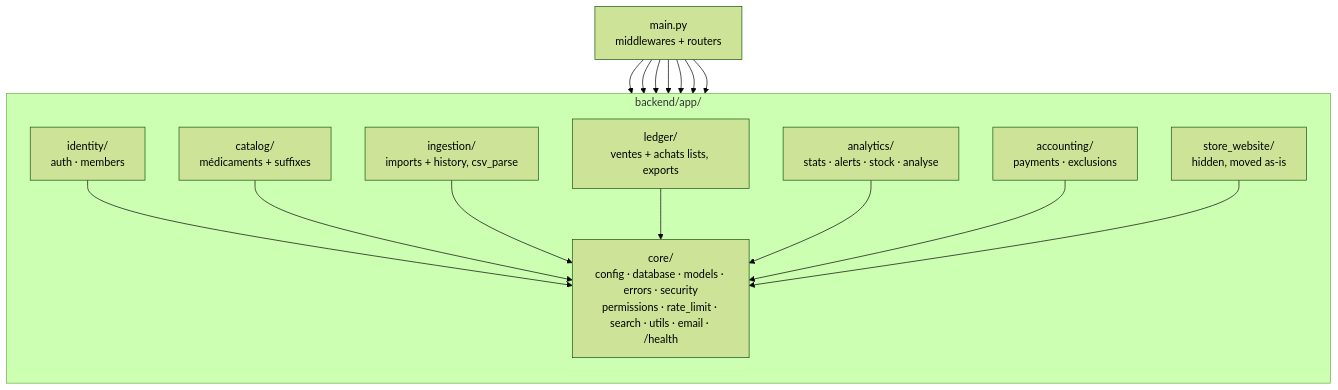
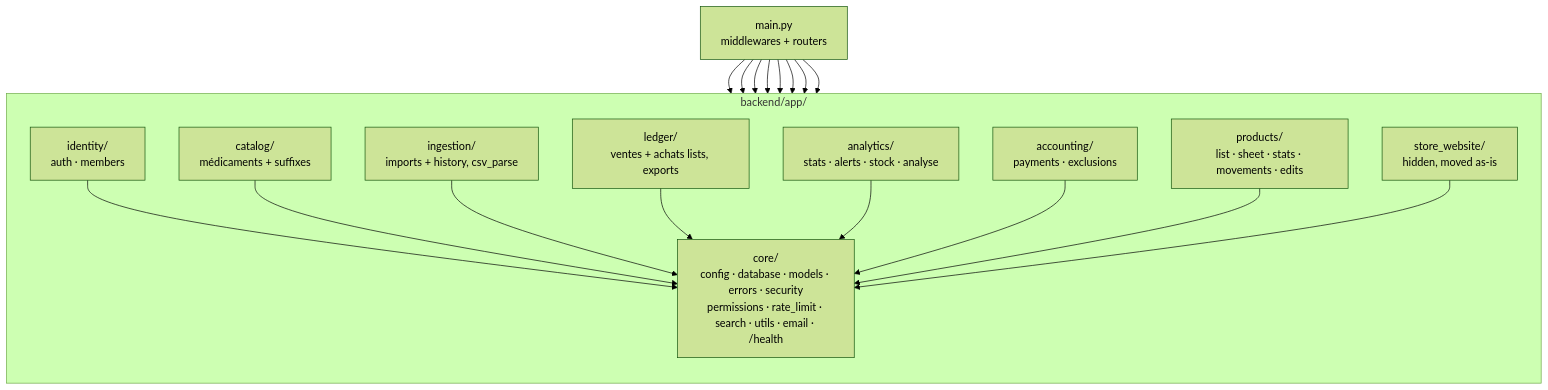
One commit to ura-computing/ura-posix changed the fourth of 18 diagrams in README.md. Above: the diagram before and after it, drawn with Mermaid (forest theme). The commit also changed other lines of this file and 1 other file, not shown here.

Commit message:
docs: README — Produits module (pages, routes, data model, §7.8 rules + owner edits, migrations 0024-0027, spec 18); PLAN.md: module done

````diff
--- a/README.md
+++ b/README.md
@@ -220,17 +226,18 @@
 ```mermaid
 flowchart TB
   MAIN["main.py<br/>middlewares + routers"]
   subgraph app["backend/app/"]
     direction TB
     ID["identity/<br/>auth · members"]
     CAT["catalog/<br/>médicaments + suffixes"]
     ING["ingestion/<br/>imports + history, csv_parse"]
     LED["ledger/<br/>ventes + achats lists, exports"]
     ANA["analytics/<br/>stats · alerts · stock · analyse"]
     ACC["accounting/<br/>payments · exclusions"]
+    PRD["products/<br/>list · sheet · stats · movements · edits"]
     STO["store_website/<br/>hidden, moved as-is"]
     CORE["core/<br/>config · database · models · errors · security<br/>permissions · rate_limit · search · utils · email · /health"]
   end
-  MAIN --> ID & CAT & ING & LED & ANA & ACC & STO
-  ID & CAT & ING & LED & ANA & ACC & STO --> CORE
+  MAIN --> ID & CAT & ING & LED & ANA & ACC & PRD & STO
+  ID & CAT & ING & LED & ANA & ACC & PRD & STO --> CORE
 ```
````
